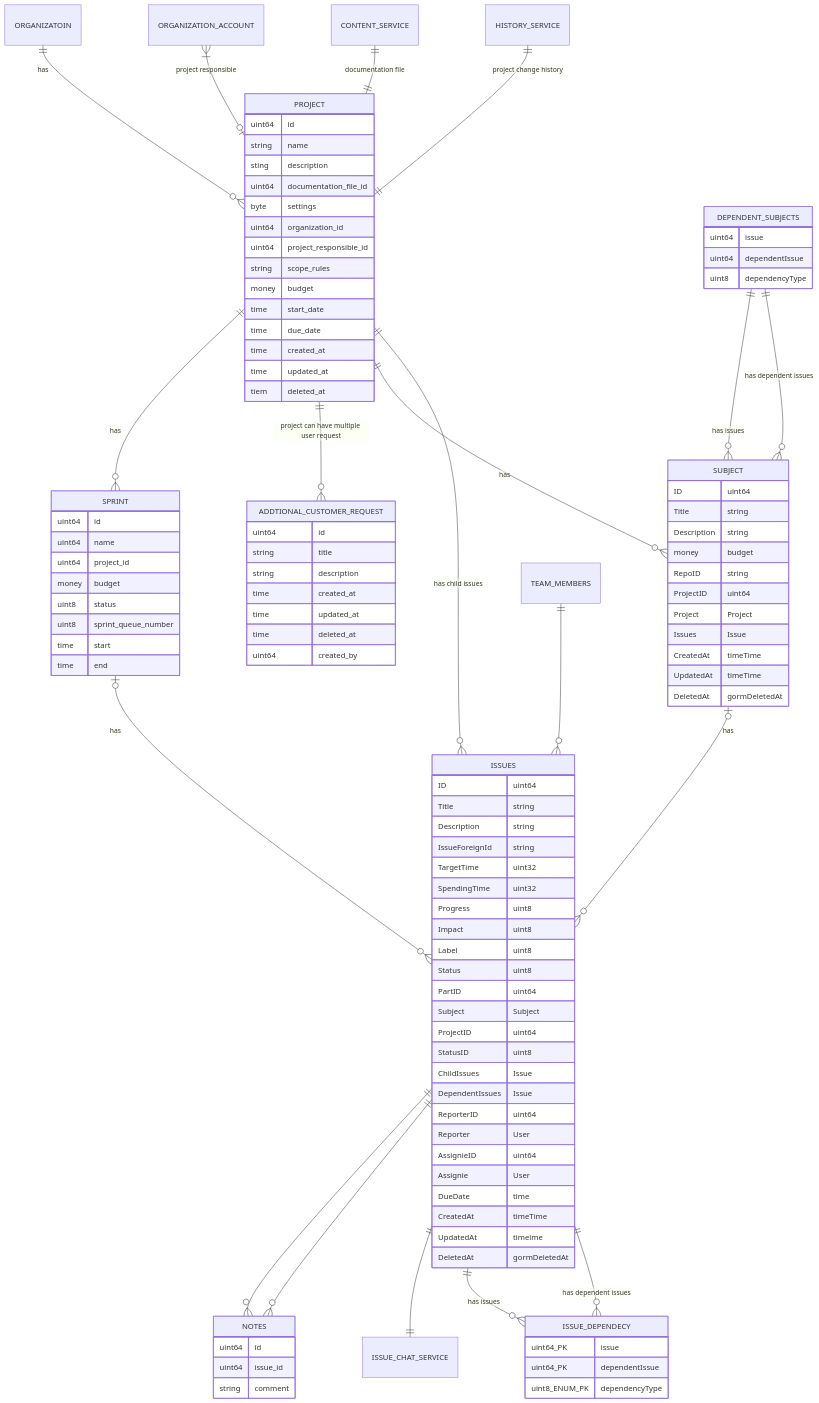
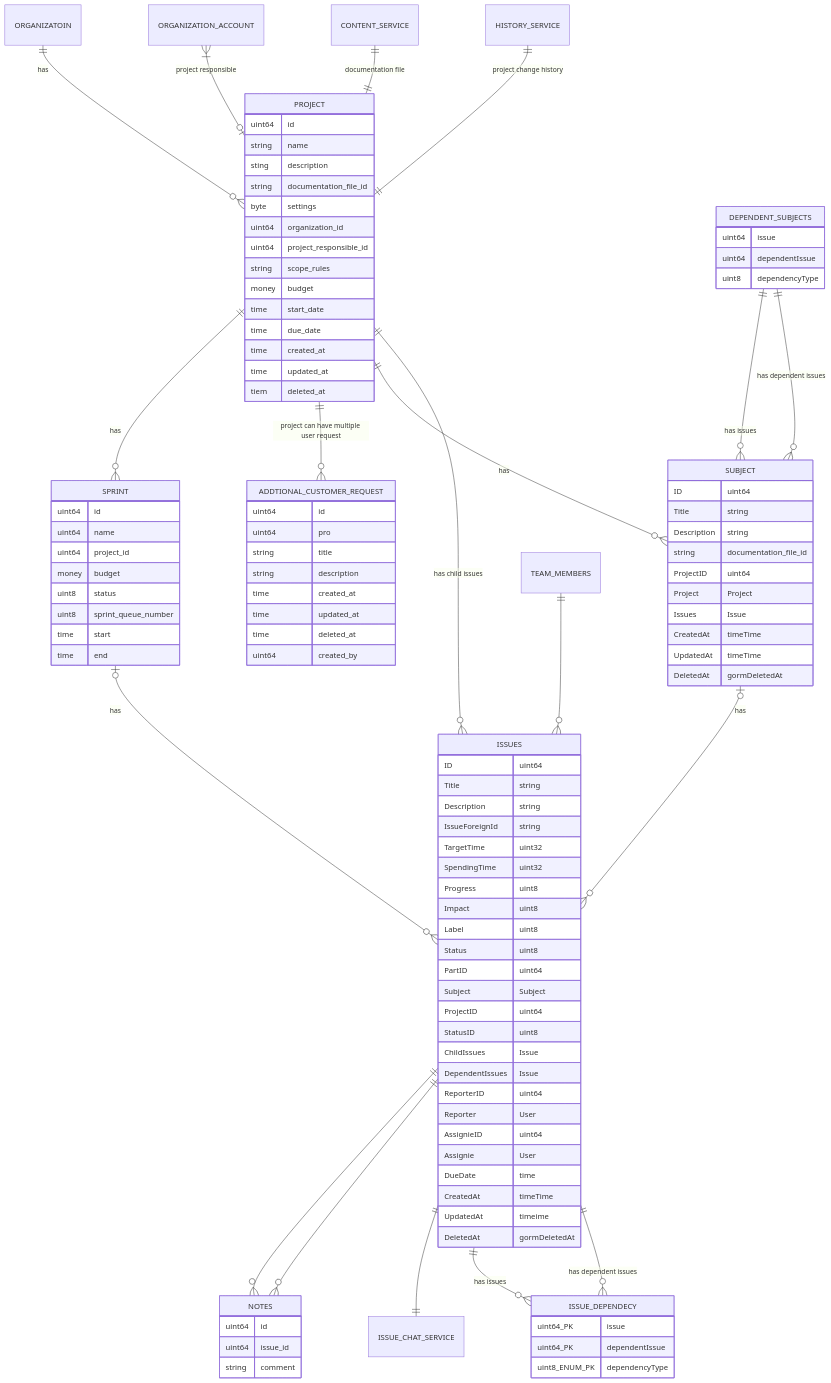
One commit to DEONSKY/ProjectManagementAppDoc changed the third of 3 diagrams in README.md. Above: the diagram before and after it, drawn with Mermaid. The commit also changed other lines of this file, not shown here.

```diff
--- a/README.md
+++ b/README.md
@@ -159,7 +175,7 @@
 	uint64 id
 	string name
 	sting description
-	uint64 documentation_file_id
+	string documentation_file_id
 	byte settings
 	uint64 organization_id
 	uint64 project_responsible_id
@@ -180,24 +196,25 @@
 PROJECT||--o{  ADDTIONAL_CUSTOMER_REQUEST : "project can have multiple user request" 
 
 ADDTIONAL_CUSTOMER_REQUEST {
-uint64 id
-string title
-string description
-time created_at
-time updated_at
-time deleted_at
-uint64 created_by
+	uint64 id
+	uint64 pro
+	string title
+	string description
+	time created_at
+	time updated_at
+	time deleted_at
+	uint64 created_by
 }
 
 SPRINT {
-uint64 id
-uint64 name
-uint64 project_id
-money budget
-uint8 status
-uint8 sprint_queue_number
-time start
-time end
+	uint64 id
+	uint64 name
+	uint64 project_id
+	money budget
+	uint8 status
+	uint8 sprint_queue_number
+	time start
+	time end
 }
 
 PROJECT ||--o{  SUBJECT : "has"
@@ -207,9 +224,9 @@
 
 
 DEPENDENT_SUBJECTS{
-uint64 issue
-uint64 dependentIssue
-uint8 dependencyType
+	uint64 issue
+	uint64 dependentIssue
+	uint8 dependencyType
 }
 
 DEPENDENT_SUBJECTS ||--o{  SUBJECT : "has issues"
@@ -217,64 +234,62 @@
 
 
 PROJECT ||--o{  ISSUES : "has child issues"
-
 ISSUES ||--o{  NOTES: ""
 ISSUES ||--o{  NOTES: ""
 ISSUES ||--||  ISSUE_CHAT_SERVICE: ""
+
 NOTES {
- uint64 id
- uint64 issue_id
- string comment
+	uint64 id
+	uint64 issue_id
+	string comment
 }
 
 ISSUES {
-ID uint64  
-Title string  
-Description string  
-IssueForeignId string  
-TargetTime uint32  
-SpendingTime uint32  
-Progress uint8  
-Impact uint8
-Label uint8
-Status uint8
-PartID uint64  
-Subject Subject 
-ProjectID uint64  
-StatusID uint8 
-ChildIssues Issue 
-DependentIssues Issue 
-ReporterID uint64 
-Reporter User 
-AssignieID uint64  
-Assignie User 
-DueDate time
-CreatedAt timeTime 
-UpdatedAt timeime 
-DeletedAt gormDeletedAt 
+	ID uint64  
+	Title string  
+	Description string  
+	IssueForeignId string  
+	TargetTime uint32  
+	SpendingTime uint32  
+	Progress uint8  
+	Impact uint8
+	Label uint8
+	Status uint8
+	PartID uint64  
+	Subject Subject 
+	ProjectID uint64  
+	StatusID uint8 
+	ChildIssues Issue 
+	DependentIssues Issue 
+	ReporterID uint64 
+	Reporter User 
+	AssignieID uint64  
+	Assignie User 
+	DueDate time
+	CreatedAt timeTime 
+	UpdatedAt timeime 
+	DeletedAt gormDeletedAt 
 }
 
 ISSUES ||--o{  ISSUE_DEPENDECY : "has issues"
 ISSUES ||--o{  ISSUE_DEPENDECY : "has dependent issues"
 ISSUE_DEPENDECY {
-uint64_PK issue
-uint64_PK dependentIssue
-uint8_ENUM_PK dependencyType
+	uint64_PK issue
+	uint64_PK dependentIssue
+	uint8_ENUM_PK dependencyType
 }
 
 SUBJECT {
-ID uint64 
-Title string 
-Description string
-money budget
-RepoID string  
-ProjectID uint64  
-Project Project 
-Issues Issue 
-
-CreatedAt timeTime 
-UpdatedAt timeTime 
-DeletedAt gormDeletedAt 
+	ID uint64 
+	Title string 
+	Description string
+	string documentation_file_id
+	ProjectID uint64  
+	Project Project 
+	Issues Issue 
+	CreatedAt timeTime 
+	UpdatedAt timeTime 
+	DeletedAt gormDeletedAt 
 }
 
 TEAM_MEMBERS ||--o{ ISSUES : ""
```
